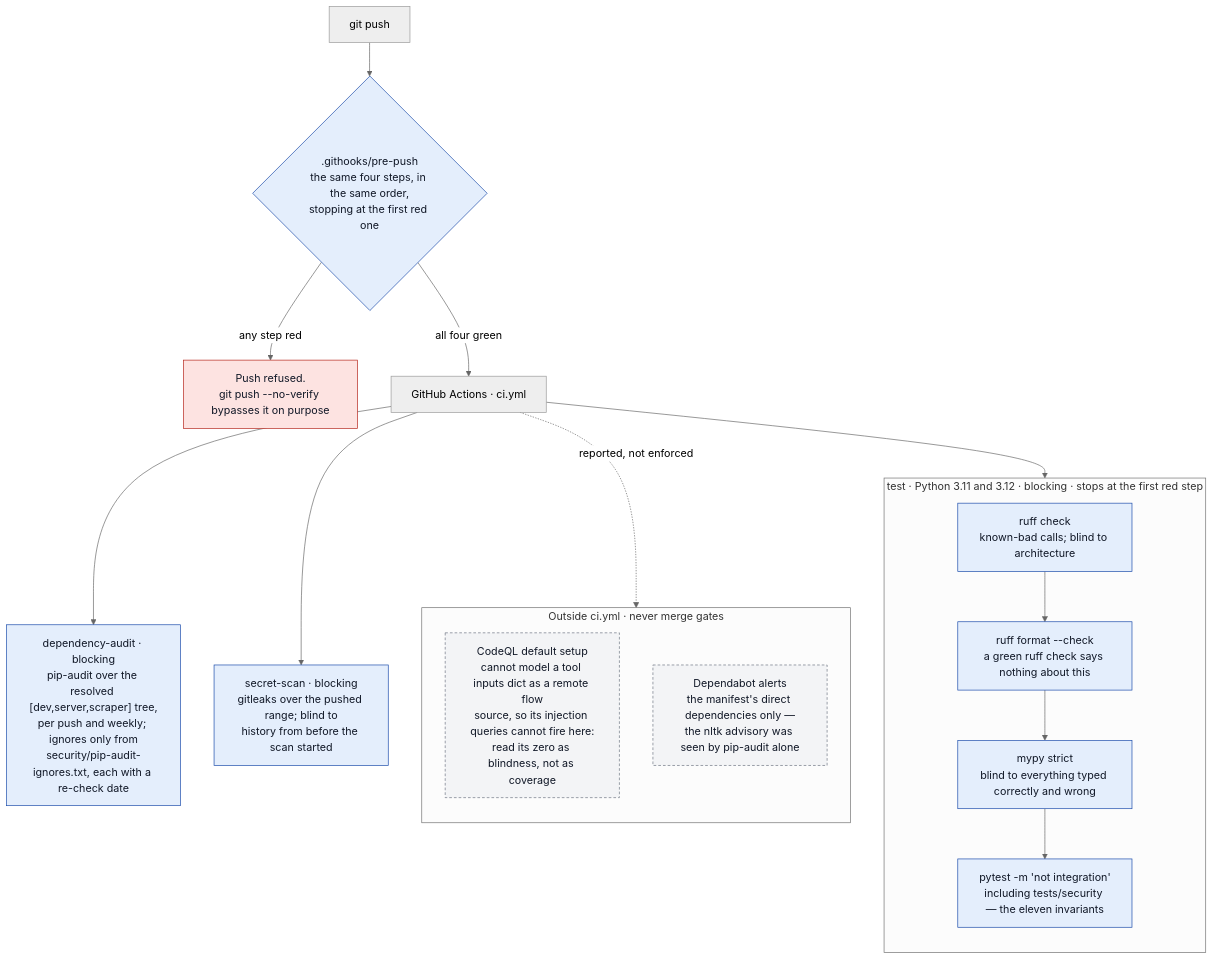
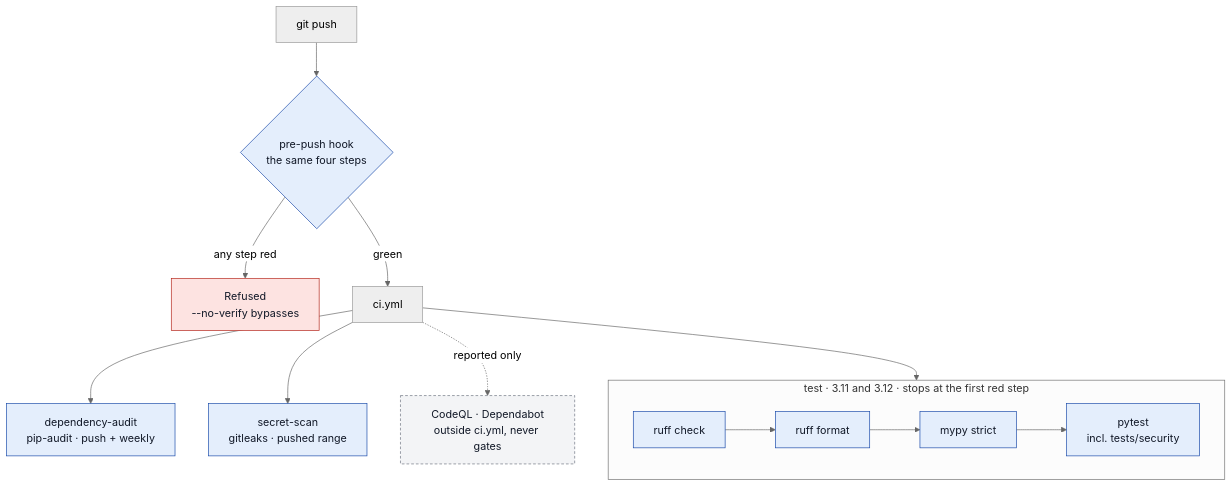
Before and after one commit to stephus182/ibkr_core_mcp: the fifth of 5 diagrams in docs/security-architecture.md, drawn with Mermaid (neutral theme). The commit also changed other lines of this file, not shown here.

First line of the commit message:
docs(security): cut the §3 diagram; hold the rest to "readable at a glance"

````diff
--- a/docs/security-architecture.md
+++ b/docs/security-architecture.md
@@ -524,35 +460,29 @@
 ```mermaid
 flowchart TB
     classDef gate fill:#e4eefc,stroke:#1849a9,color:#111827
     classDef stop fill:#fde3e1,stroke:#b42318,color:#111827
     classDef soft fill:#f3f4f6,stroke:#6b7280,color:#111827,stroke-dasharray:4 3
 
-    DEV["git push"] --> HOOK{".githooks/pre-push<br/>the same four steps, in the same order,<br/>stopping at the first red one"}
-    HOOK -->|"any step red"| STOP["Push refused.<br/>git push --no-verify bypasses it on purpose"]
-    HOOK -->|"all four green"| CI["GitHub Actions · ci.yml"]
+    DEV["git push"] --> HOOK{"pre-push hook<br/>the same four steps"}
+    HOOK -->|"any step red"| STOP["Refused<br/>--no-verify bypasses"]
+    HOOK -->|"green"| CI["ci.yml"]
 
-    subgraph TESTJOB["test · Python 3.11 and 3.12 · blocking · stops at the first red step"]
-        direction TB
-        A1["ruff check<br/>known-bad calls; blind to architecture"] --> A2["ruff format --check<br/>a green ruff check says nothing about this"]
-        A2 --> A3["mypy strict<br/>blind to everything typed correctly and wrong"]
-        A3 --> A4["pytest -m 'not integration'<br/>including tests/security — the eleven invariants"]
+    subgraph TESTJOB["test · 3.11 and 3.12 · stops at the first red step"]
+        direction LR
+        A1["ruff check"] --> A2["ruff format"] --> A3["mypy strict"] --> A4["pytest<br/>incl. tests/security"]
     end
 
-    DA["dependency-audit · blocking<br/>pip-audit over the resolved [dev,server,scraper] tree,<br/>per push and weekly; ignores only from<br/>security/pip-audit-ignores.txt, each with a re-check date"]
-    SS["secret-scan · blocking<br/>gitleaks over the pushed range; blind to<br/>history from before the scan started"]
+    DA["dependency-audit<br/>pip-audit · push + weekly"]
+    SS["secret-scan<br/>gitleaks · pushed range"]
 
     CI --> A1
     CI --> DA
     CI --> SS
 
-    subgraph OUT["Outside ci.yml · never merge gates"]
-        direction TB
-        CQ["CodeQL default setup<br/>cannot model a tool inputs dict as a remote flow<br/>source, so its injection queries cannot fire here:<br/>read its zero as blindness, not as coverage"]
-        DB["Dependabot alerts<br/>the manifest's direct dependencies only —<br/>the nltk advisory was seen by pip-audit alone"]
-    end
-    CI -. "reported, not enforced" .-> OUT
+    OUT["CodeQL · Dependabot<br/>outside ci.yml, never gates"]
+    CI -. "reported only" .-> OUT
 
     class HOOK,A1,A2,A3,A4,DA,SS gate
     class STOP stop
-    class CQ,DB soft
+    class OUT soft
 ```
````
